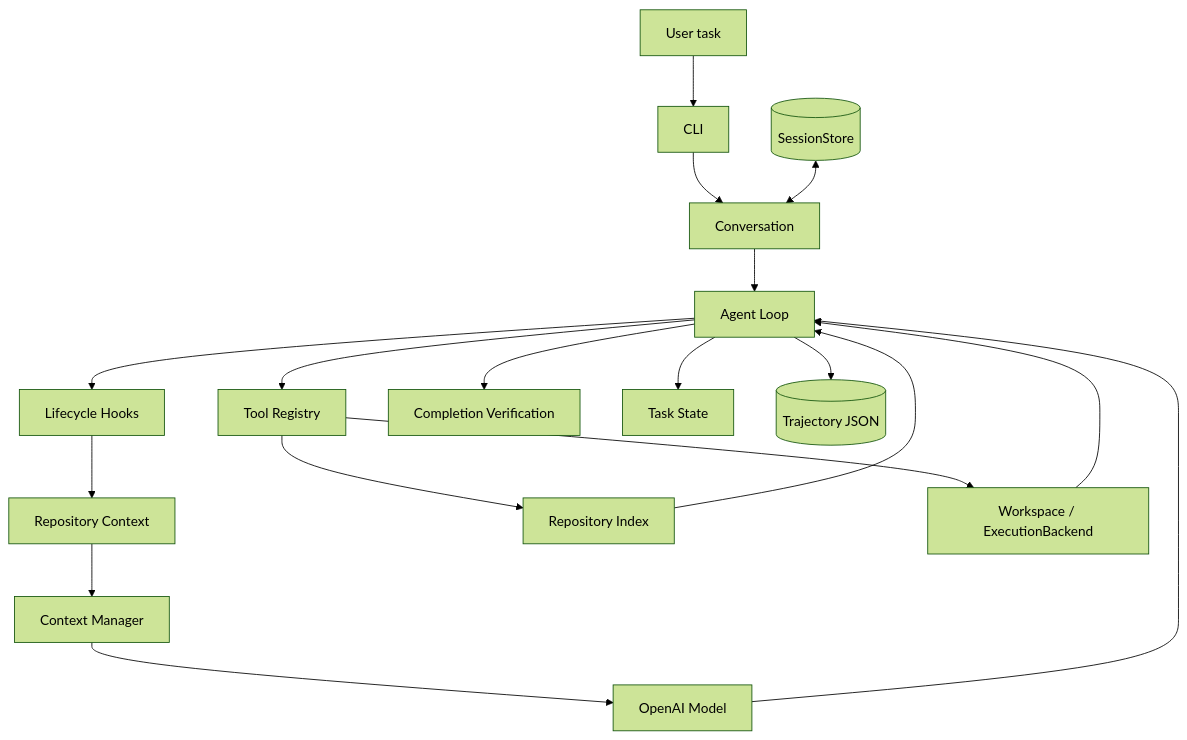
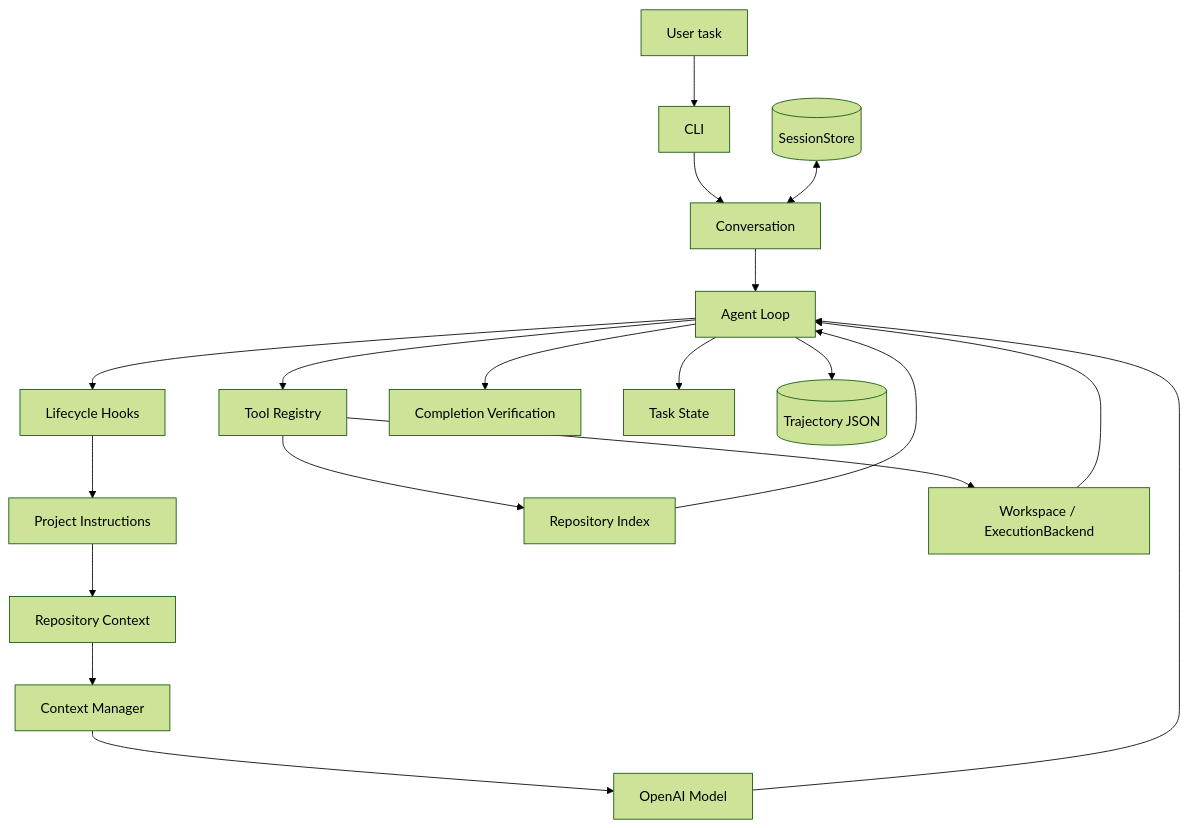
The diagram in README.md (li-chuyang/Trouvaille), drawn with Mermaid (forest theme) before and after one commit. The commit also changed other lines of this file and 50 other files, not shown here.

````diff
--- a/README.md
+++ b/README.md
@@ -117,20 +119,21 @@
 ```mermaid
 flowchart TD
     U[User task] --> CLI[CLI]
     CLI --> C[Conversation]
     S[(SessionStore)] <--> C
     C --> A[Agent Loop]
     A --> H[Lifecycle Hooks]
-    H --> R[Repository Context]
+    H --> P[Project Instructions]
+    P --> R[Repository Context]
     R --> X[Context Manager]
     X --> M[OpenAI Model]
     M --> A
     A --> T[Tool Registry]
     T --> I[Repository Index]
     T --> W[Workspace / ExecutionBackend]
     I --> A
     W --> A
     A --> V[Completion Verification]
     A --> TS[Task State]
     A --> J[(Trajectory JSON)]
 ```
````
